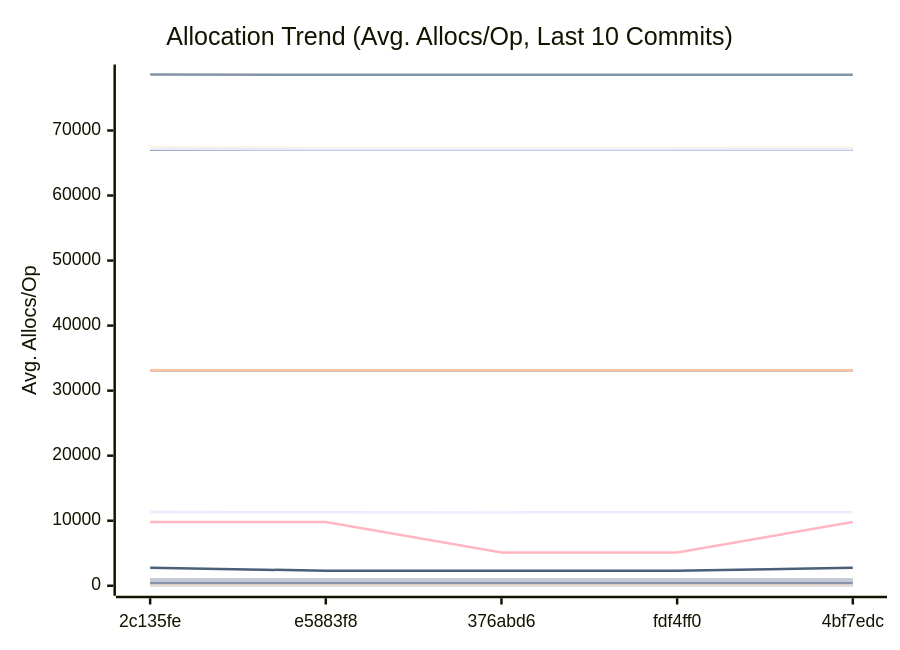
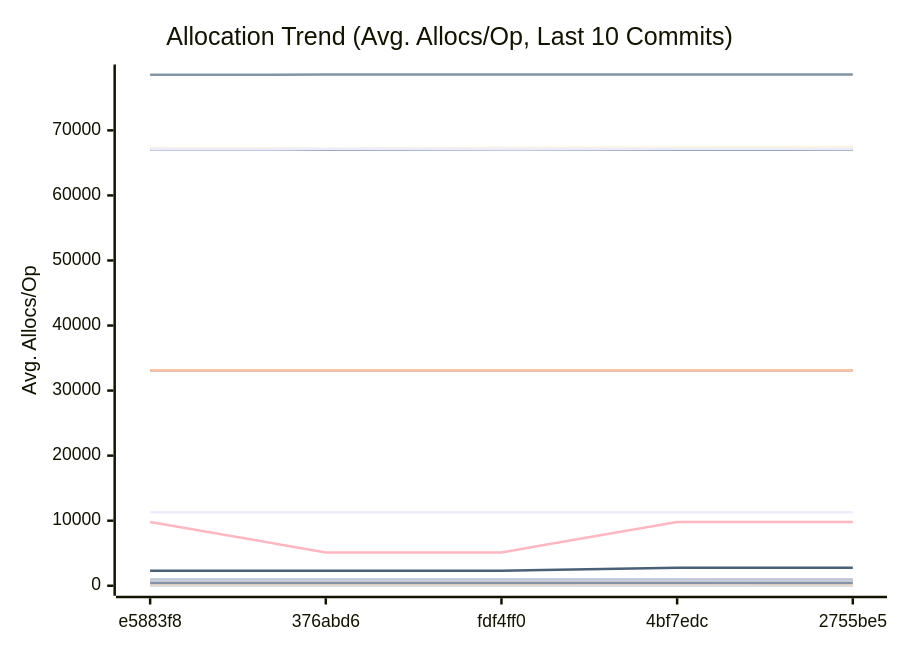
Before and after one commit to alsotoes/momo: the third of 3 diagrams in docs/PERFORMANCE.md, drawn with Mermaid. The commit also changed other lines of this file and 2 other files, not shown here.

````diff
--- a/docs/PERFORMANCE.md
+++ b/docs/PERFORMANCE.md
@@ -359,44 +360,44 @@
 ```mermaid
 xychart-beta
     title "Allocation Trend (Avg. Allocs/Op, Last 10 Commits)"
     x-axis "Commit"
     y-axis "Avg. Allocs/Op"
-    x-axis [2c135fe,e5883f8,376abd6,fdf4ff0,4bf7edc]
-    line "AWSChunkedReaderSigned" [11352,11288,11282,11307,11314,11300,11307,11302,11307,11334]
-    line "AWSChunkedReaderUnsigned" [78609,78561,78569,78579,78587,78576,78613,78584,78583,78611]
+    x-axis [e5883f8,376abd6,fdf4ff0,4bf7edc,2755be5]
+    line "AWSChunkedReaderSigned" [11288,11282,11307,11314,11300,11307,11302,11307,11334,11352]
+    line "AWSChunkedReaderUnsigned" [78561,78569,78579,78587,78576,78613,78584,78583,78611,78631]
     line "CheckMetricsAndSwap" [0,0,0,0,0,0,0,0,0,0]
     line "CrushOptimized" [0,0,0,0,0,0,0,0,0,0]
     line "CrushOriginal" [3,3,3,3,3,3,3,3,3,3]
     line "FormatListObjectsV2XML_AppendFormat" [16,16,16,16,16,16,16,16,16,16]
     line "FormatListObjectsV2XML_OldFormat" [1000,1000,1000,1000,1000,1000,1000,1000,1000,1000]
     line "HashBytes/1MiB" [64,64,64,64,64,64,64,64,64,64]
     line "HashBytes/256MiB" [64,64,64,64,64,64,64,64,64,64]
     line "HashBytes/64MiB" [64,64,64,64,64,64,64,64,64,64]
     line "HashFile/1MiB" [33128,33128,33128,33128,33128,33128,33128,33128,33128,33128]
     line "HashFile/256MiB" [33128,33128,33128,33128,33128,33128,33128,33128,33128,33128]
     line "HashFile/64MiB" [33128,33128,33128,33128,33128,33128,33128,33128,33128,33128]
     line "IndexDirectTracking" [0,0,0,0,0,0,0,0,0,0]
     line "IndexSearch" [0,0,0,0,0,0,0,0,0,0]
     line "LastModifiedHeader_AppendFormat" [0,0,0,0,0,0,0,0,0,0]
     line "LastModifiedHeader_Format" [1,1,1,1,1,1,1,1,1,1]
     line "LoadGlobalConfig" [58,58,58,58,58,58,58,58,58,58]
-    line "LocalWrite/1MiB" [67036,67031,67028,67030,67033,67040,67026,67032,67028,67034]
-    line "LocalWrite/256MiB" [67465,67275,67218,67324,67356,67435,67322,67349,67419,67379]
-    line "LocalWrite/64MiB" [67103,67070,67080,67067,67089,67097,67084,67096,67074,67087]
+    line "LocalWrite/1MiB" [67031,67028,67030,67033,67040,67026,67032,67028,67034,67036]
+    line "LocalWrite/256MiB" [67275,67218,67324,67356,67435,67322,67349,67419,67379,67488]
+    line "LocalWrite/64MiB" [67070,67080,67067,67089,67097,67084,67096,67074,67087,67088]
     line "PadString" [1,1,1,1,1,1,1,1,1,1]
     line "ParseReplicationOrder_NoPrealloc" [6,6,6,6,6,5,5,5,5,5]
     line "ParseReplicationOrder_Prealloc" [2,2,2,2,2,1,1,1,1,1]
     line "Placement" [6,6,6,6,6,6,6,6,6,6]
     line "PlacementDomainSpread" [6,6,6,6,6,6,6,6,6,6]
-    line "ReadVerify/1MiB" [484,458,466,460,436,471,463,468,467,468]
-    line "ReadVerify/256MiB" [9808,9808,5120,5120,9808,9808,9808,9808,9808,9808]
-    line "ReadVerify/64MiB" [2776,2307,2307,2307,2776,2776,2776,2776,2776,3557]
+    line "ReadVerify/1MiB" [458,466,460,436,471,463,468,467,468,486]
+    line "ReadVerify/256MiB" [9808,5120,5120,9808,9808,9808,9808,9808,9808,9808]
+    line "ReadVerify/64MiB" [2307,2307,2307,2776,2776,2776,2776,2776,3557,2776]
     line "S3PutSpool/1MiB" [447,447,447,447,447,447,447,447,447,447]
     line "S3PutSpool/256MiB" [448,448,448,448,448,448,448,448,448,448]
     line "S3PutSpool/64MiB" [448,448,448,448,448,448,448,448,448,448]
     line "SanitizeLog/Safe" [0,0,0,0,0,0,0,0,0,0]
     line "SanitizeLog/Unsafe" [1,1,1,1,1,1,1,1,1,1]
-    line "TrustedRead/1MiB" [800,827,800,800,800,800,800,800,800,800]
-    line "TrustedRead/256MiB" [800,800,800,800,800,848,800,800,800,800]
+    line "TrustedRead/1MiB" [827,800,800,800,800,800,800,800,800,800]
+    line "TrustedRead/256MiB" [800,800,800,800,848,800,800,800,800,800]
     line "TrustedRead/64MiB" [800,800,800,800,800,800,800,800,800,800]
 ```
````
